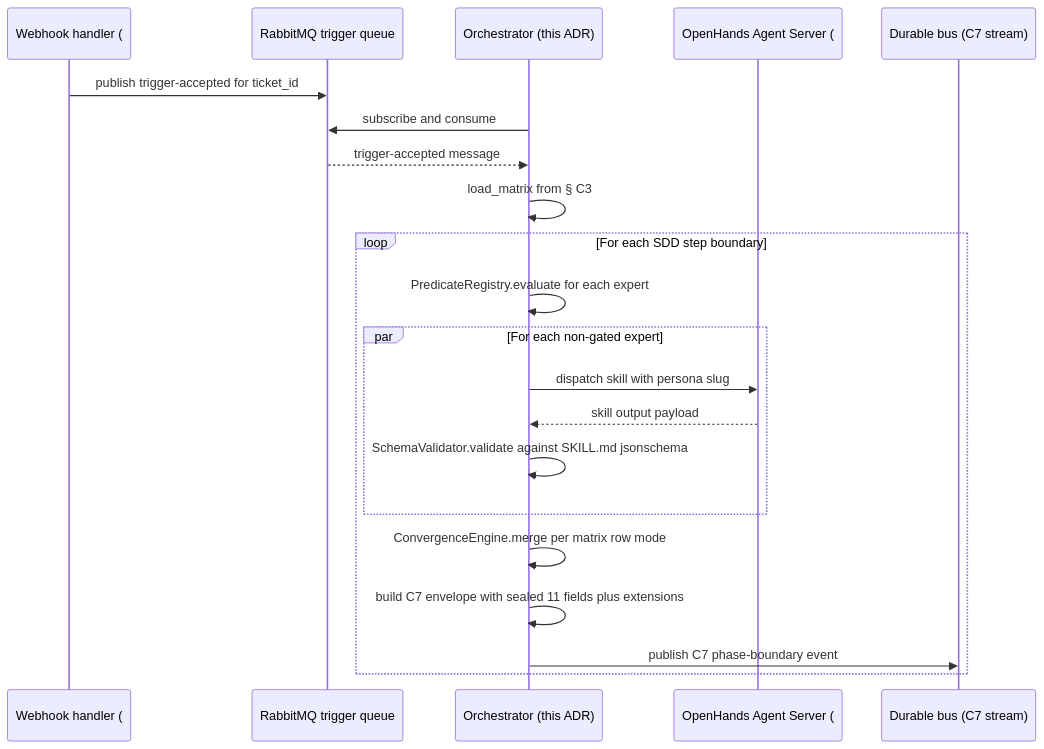
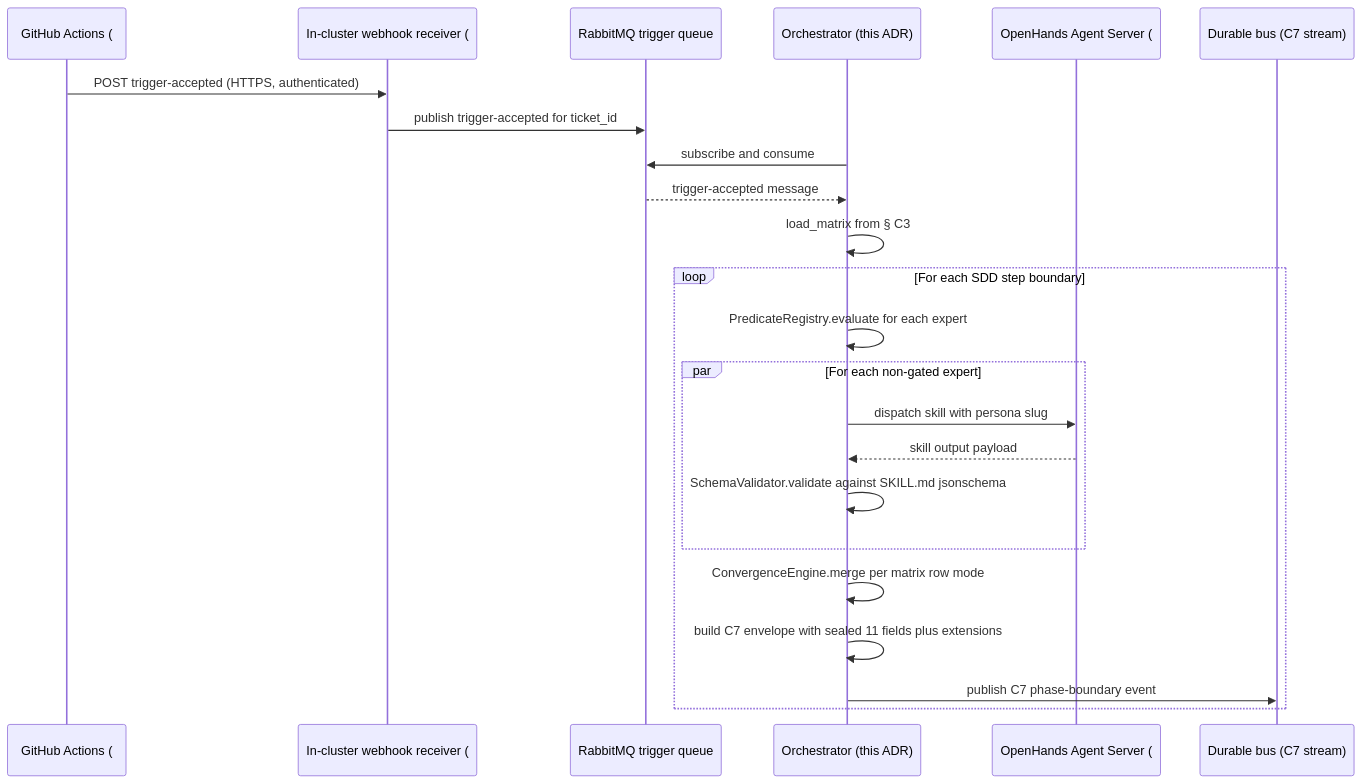
The first of 2 diagrams in docs/blueprint/architecture/decisions/ADR-issue-361-orchestrator-service.md (sbonoc/stackit-platform-blueprint), drawn with Mermaid before and after one commit. The commit also changed other lines of this file and 2 other files, not shown here.

````diff
--- a/docs/blueprint/architecture/decisions/ADR-issue-361-orchestrator-service.md
+++ b/docs/blueprint/architecture/decisions/ADR-issue-361-orchestrator-service.md
@@ -80,24 +82,26 @@
 ```mermaid
 sequenceDiagram
-  participant WH as Webhook handler (#336)
+  participant GHA as GitHub Actions (#336)
+  participant WR as In-cluster webhook receiver (#336)
   participant Q as RabbitMQ trigger queue
   participant ORC as Orchestrator (this ADR)
   participant OH as OpenHands Agent Server (#335)
   participant BUS as Durable bus (C7 stream)
 
-  WH->>Q: publish trigger-accepted for ticket_id
+  GHA->>WR: POST trigger-accepted (HTTPS, authenticated)
+  WR->>Q: publish trigger-accepted for ticket_id
   ORC->>Q: subscribe and consume
   Q-->>ORC: trigger-accepted message
   ORC->>ORC: load_matrix from § C3
   loop For each SDD step boundary
     ORC->>ORC: PredicateRegistry.evaluate for each expert
     par For each non-gated expert
       ORC->>OH: dispatch skill with persona slug
       OH-->>ORC: skill output payload
       ORC->>ORC: SchemaValidator.validate against SKILL.md jsonschema
     end
     ORC->>ORC: ConvergenceEngine.merge per matrix row mode
     ORC->>ORC: build C7 envelope with sealed 11 fields plus extensions
     ORC->>BUS: publish C7 phase-boundary event
   end
 ```
````
